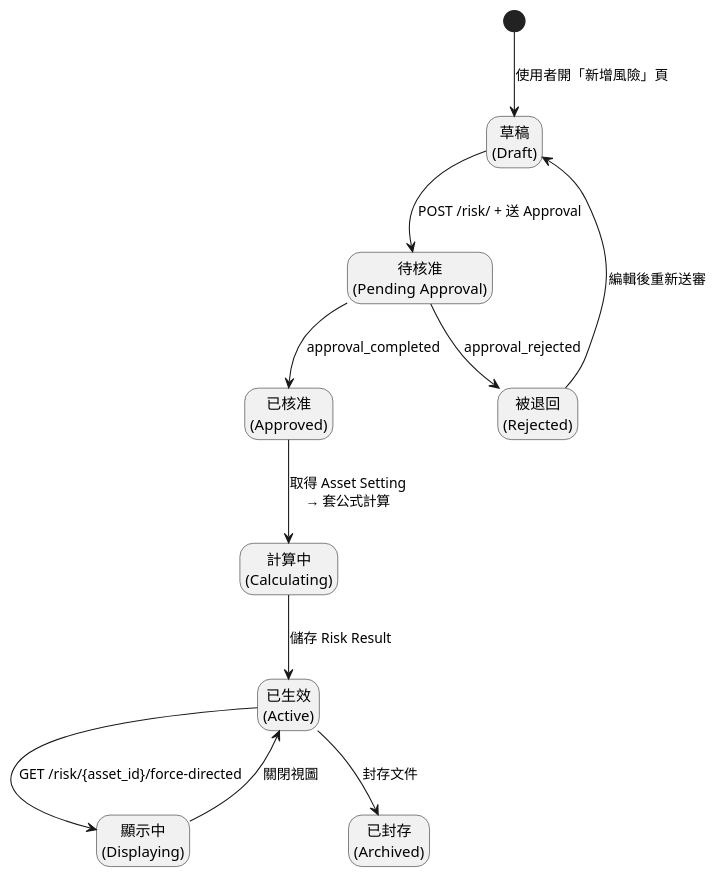
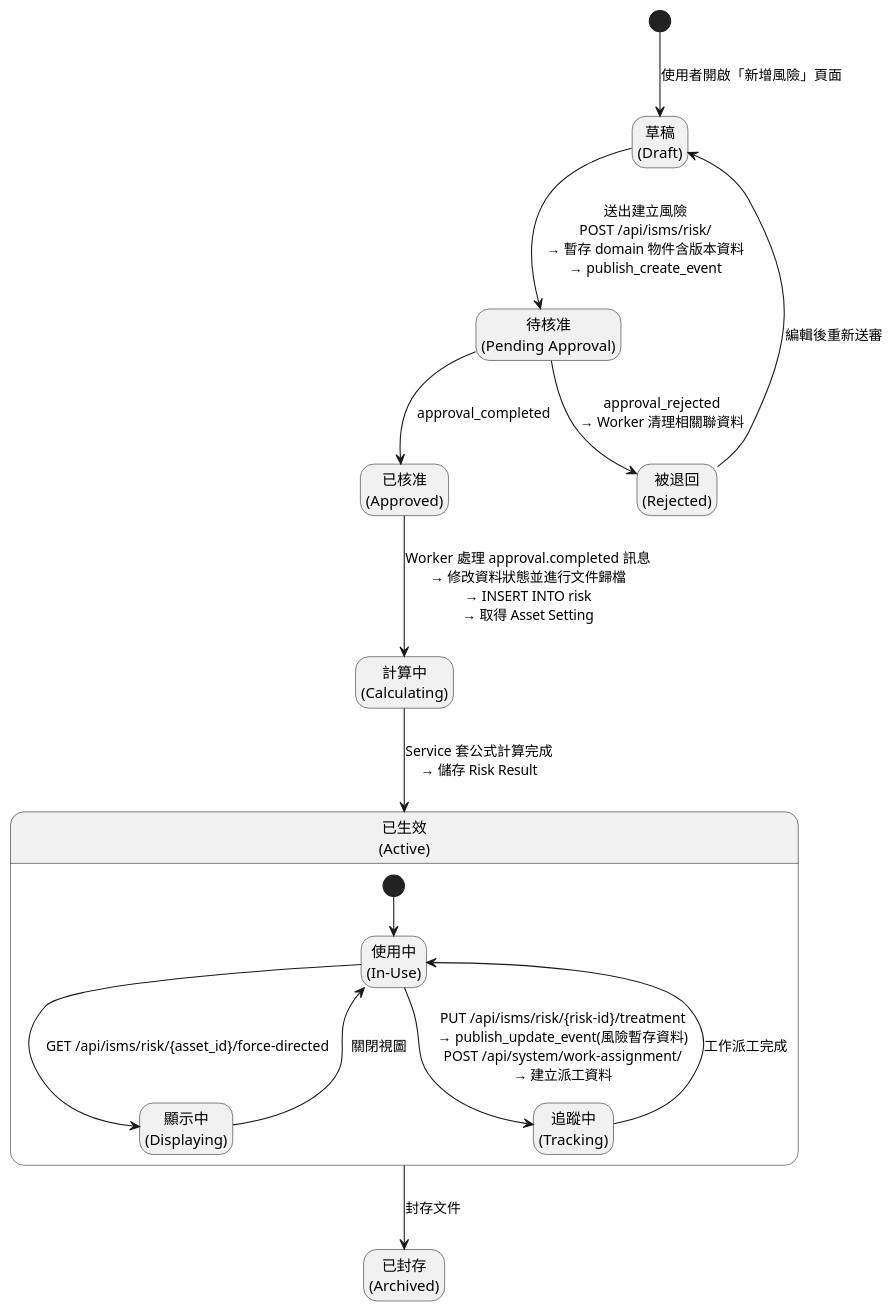
The diagram in plantUML/state/risk.puml (walle45611/NTUB_SecuManag_Diagram), drawn with PlantUML before and after one commit. The commit also changed 12 other files, not shown here.

First line of the commit message:
refactor: modify update ch07 diagram (#75)

```diff
--- a/plantUML/state/risk.puml
+++ b/plantUML/state/risk.puml
@@ -1,30 +1,37 @@
 @startuml
 
 hide empty description
 
-[*] --> Draft : 使用者開「新增風險」頁
+[*] --> Draft : 使用者開啟「新增風險」頁面
 state "草稿\n(Draft)" as Draft <<draft>>
 
-Draft --> PendingApproval : POST /risk/ + 送 Approval
+Draft --> PendingApproval : 送出建立風險\nPOST /api/isms/risk/\n→ 暫存 domain 物件含版本資料\n→ publish_create_event
 state "待核准\n(Pending Approval)" as PendingApproval <<approval>>
 
 PendingApproval --> Approved  : approval_completed
-PendingApproval --> Rejected  : approval_rejected
+PendingApproval --> Rejected  : approval_rejected\n→ Worker 清理相關聯資料
 state "被退回\n(Rejected)" as Rejected <<error>>
 Rejected --> Draft : 編輯後重新送審
 
 state "已核准\n(Approved)" as Approved <<approval>>
-Approved --> Calculating : 取得 Asset Setting\n→ 套公式計算
+Approved --> Calculating : Worker 處理 approval.completed 訊息\n→ 修改資料狀態並進行文件歸檔\n→ INSERT INTO risk\n→ 取得 Asset Setting
 state "計算中\n(Calculating)" as Calculating <<calc>>
 
-Calculating --> Active : 儲存 Risk Result
-state "已生效\n(Active)" as Active <<active>>
+Calculating --> Active : Service 套公式計算完成\n→ 儲存 Risk Result
+state "已生效\n(Active)" as Active <<active>> {
+  [*] --> InUse
+  state "使用中\n(In-Use)" as InUse
 
-Active --> Displaying : GET /risk/{asset_id}/force-directed
-state "顯示中\n(Displaying)" as Displaying <<display>>
-Displaying --> Active : 關閉視圖
+  InUse --> Displaying : GET /api/isms/risk/{asset_id}/force-directed
+  state "顯示中\n(Displaying)" as Displaying <<display>>
+  Displaying --> InUse : 關閉視圖
+
+  InUse --> Tracking : PUT /api/isms/risk/{risk-id}/treatment\n→ publish_update_event(風險暫存資料)\nPOST /api/system/work-assignment/\n→ 建立派工資料
+  state "追蹤中\n(Tracking)" as Tracking
+  Tracking --> InUse : 工作派工完成
+}
 
 Active --> Archived : 封存文件
 state "已封存\n(Archived)" as Archived <<terminal>>
 
 @enduml
```
